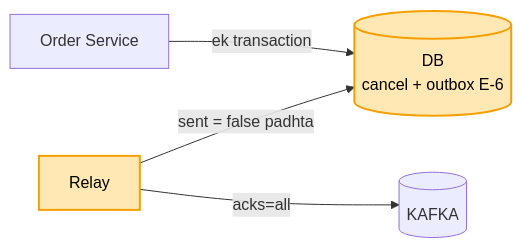
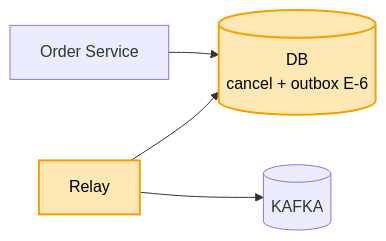
One commit to ArpanMaheshwari144/Prep changed the seventh of 8 diagrams in 04_HLD/SYSTEM_DESIGNS/12_message_queue_kafka/KAFKA_HAND_NOTES.md. Above: the diagram before and after it, drawn with Mermaid. The commit also changed other lines of this file and 1 other file, not shown here.

Commit message:
HLD kafka: notes dobara (chhoti kahani lines) + 3 cross-Q dono file me (lag 7 din, min.insync pe order, SMS company band = breaker) + diagram saaf

````diff
--- a/04_HLD/SYSTEM_DESIGNS/12_message_queue_kafka/KAFKA_HAND_NOTES.md
+++ b/04_HLD/SYSTEM_DESIGNS/12_message_queue_kafka/KAFKA_HAND_NOTES.md
@@ -168,8 +155,8 @@
 ```mermaid
 flowchart LR
-    O["Order Service"] -- "ek transaction" --> DB[("DB<br/>cancel + outbox E-6")]
-    RL["Relay"] -- "sent = false padhta" --> DB
-    RL -- "acks=all" --> K[("KAFKA")]
+    O["Order Service"] --> DB[("DB<br/>cancel + outbox E-6")]
+    RL["Relay"] --> DB
+    RL --> K[("KAFKA")]
     style DB fill:#ffe8b3,stroke:#f59f00,stroke-width:2px,color:#000
     style RL fill:#ffe8b3,stroke:#f59f00,stroke-width:2px,color:#000
 ```
````
